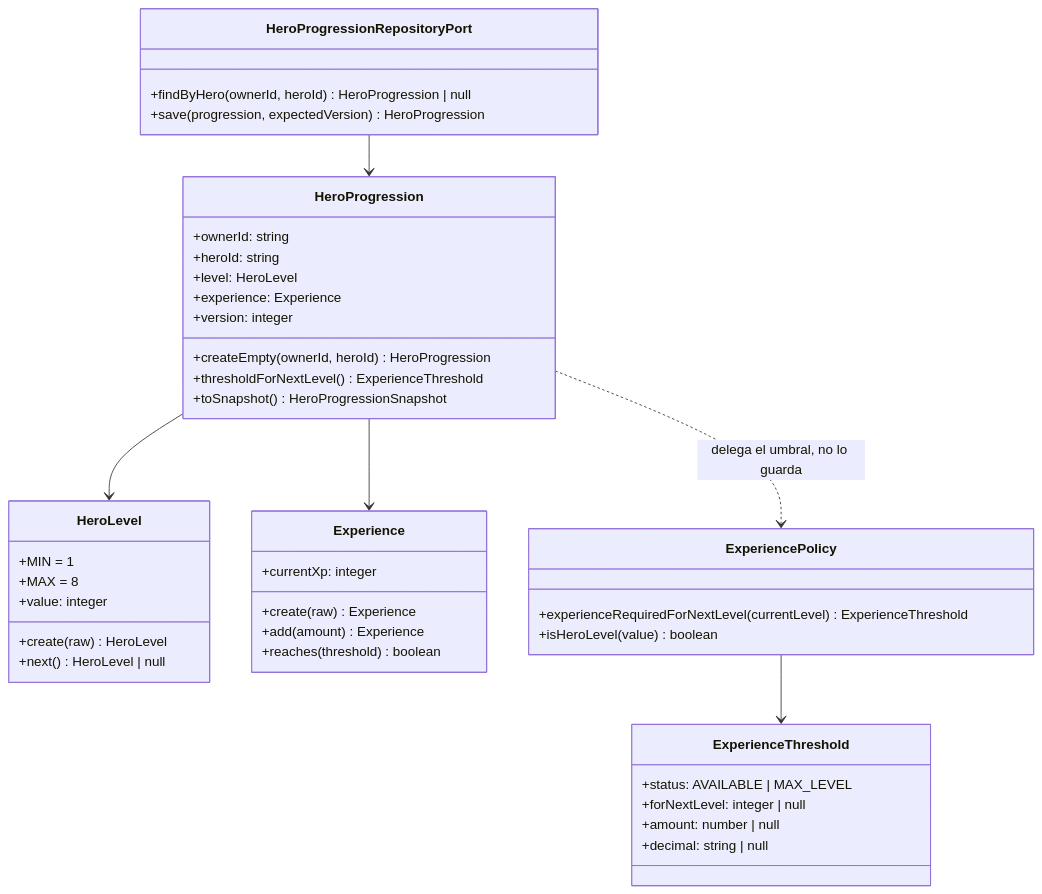
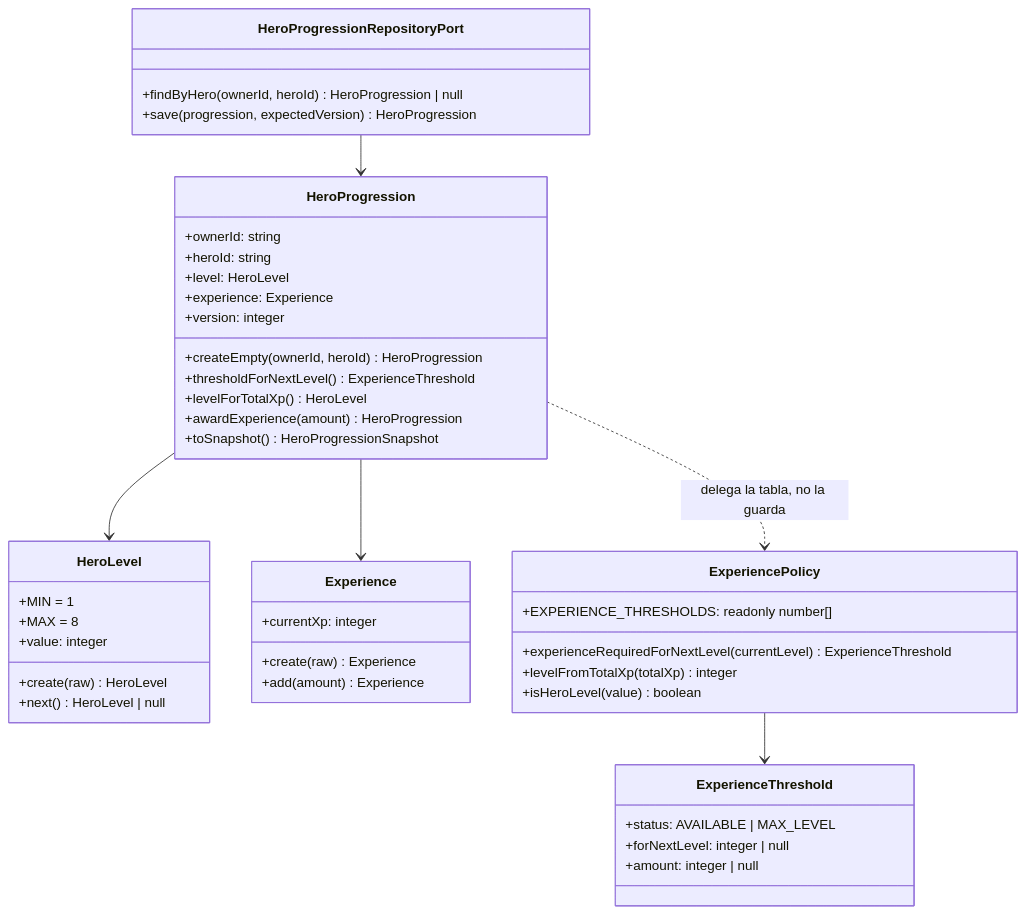
One commit to Nexus-Battle-VI/Nexus-Battle-Player-Inventory changed the fourth of 4 diagrams in docs/hu-08-progresion.md. Above: the diagram before and after it, drawn with Mermaid. The commit also changed other lines of this file and 1 other file, not shown here.

````diff
--- a/docs/hu-08-progresion.md
+++ b/docs/hu-08-progresion.md
@@ -347,46 +596,48 @@
 ```mermaid
 classDiagram
   class HeroLevel {
     +MIN = 1
     +MAX = 8
     +value: integer
     +create(raw) HeroLevel
     +next() HeroLevel | null
   }
   class Experience {
     +currentXp: integer
     +create(raw) Experience
     +add(amount) Experience
-    +reaches(threshold) boolean
   }
   class HeroProgression {
     +ownerId: string
     +heroId: string
     +level: HeroLevel
     +experience: Experience
     +version: integer
     +createEmpty(ownerId, heroId) HeroProgression
     +thresholdForNextLevel() ExperienceThreshold
+    +levelForTotalXp() HeroLevel
+    +awardExperience(amount) HeroProgression
     +toSnapshot() HeroProgressionSnapshot
   }
   class ExperienceThreshold {
     +status: AVAILABLE | MAX_LEVEL
     +forNextLevel: integer | null
-    +amount: number | null
-    +decimal: string | null
+    +amount: integer | null
   }
   class ExperiencePolicy {
+    +EXPERIENCE_THRESHOLDS: readonly number[]
     +experienceRequiredForNextLevel(currentLevel) ExperienceThreshold
+    +levelFromTotalXp(totalXp) integer
     +isHeroLevel(value) boolean
   }
   class HeroProgressionRepositoryPort {
     +findByHero(ownerId, heroId) HeroProgression | null
     +save(progression, expectedVersion) HeroProgression
   }
 
   HeroProgression --> HeroLevel
   HeroProgression --> Experience
-  HeroProgression ..> ExperiencePolicy : delega el umbral, no lo guarda
+  HeroProgression ..> ExperiencePolicy : delega la tabla, no la guarda
   ExperiencePolicy --> ExperienceThreshold
   HeroProgressionRepositoryPort --> HeroProgression
 ```
````
